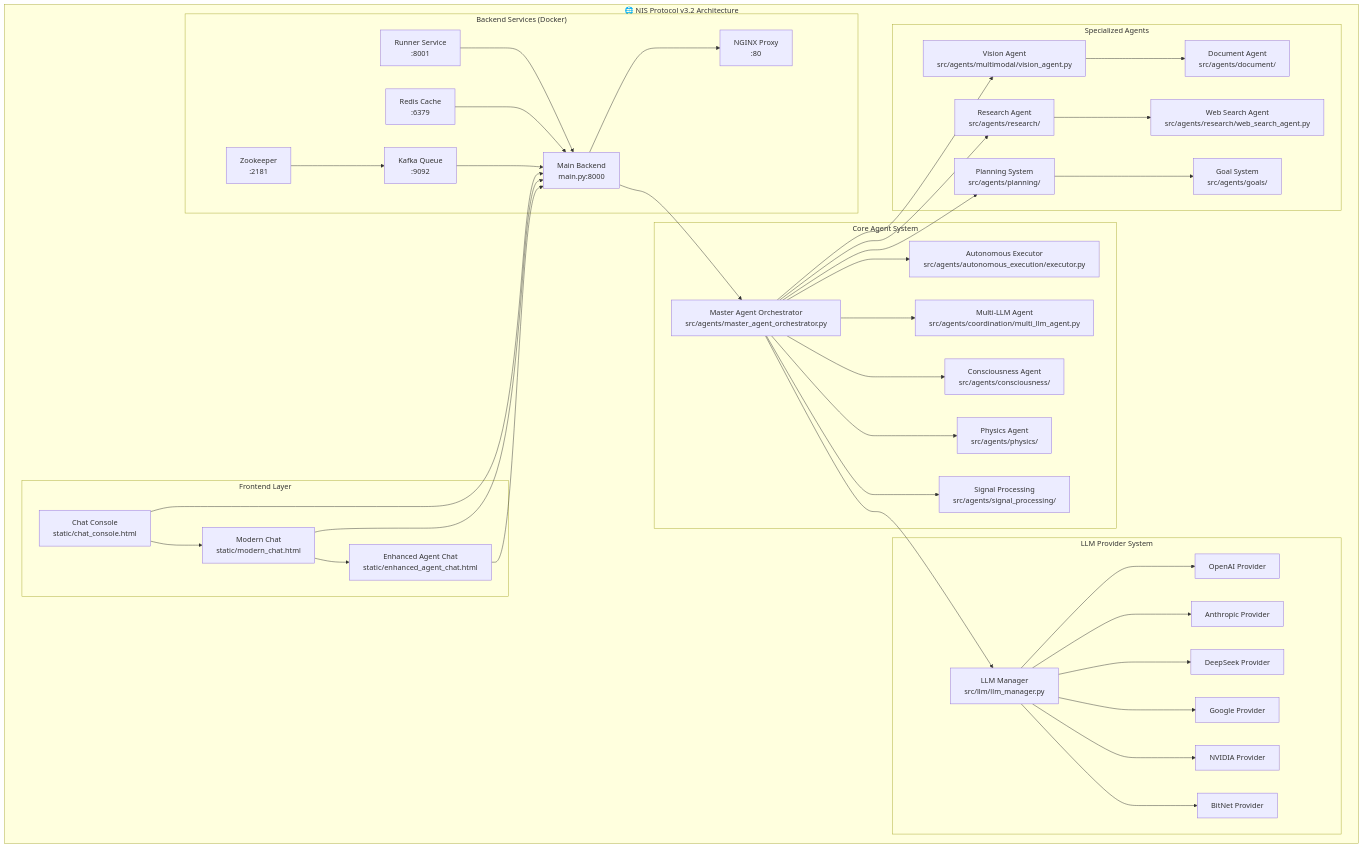
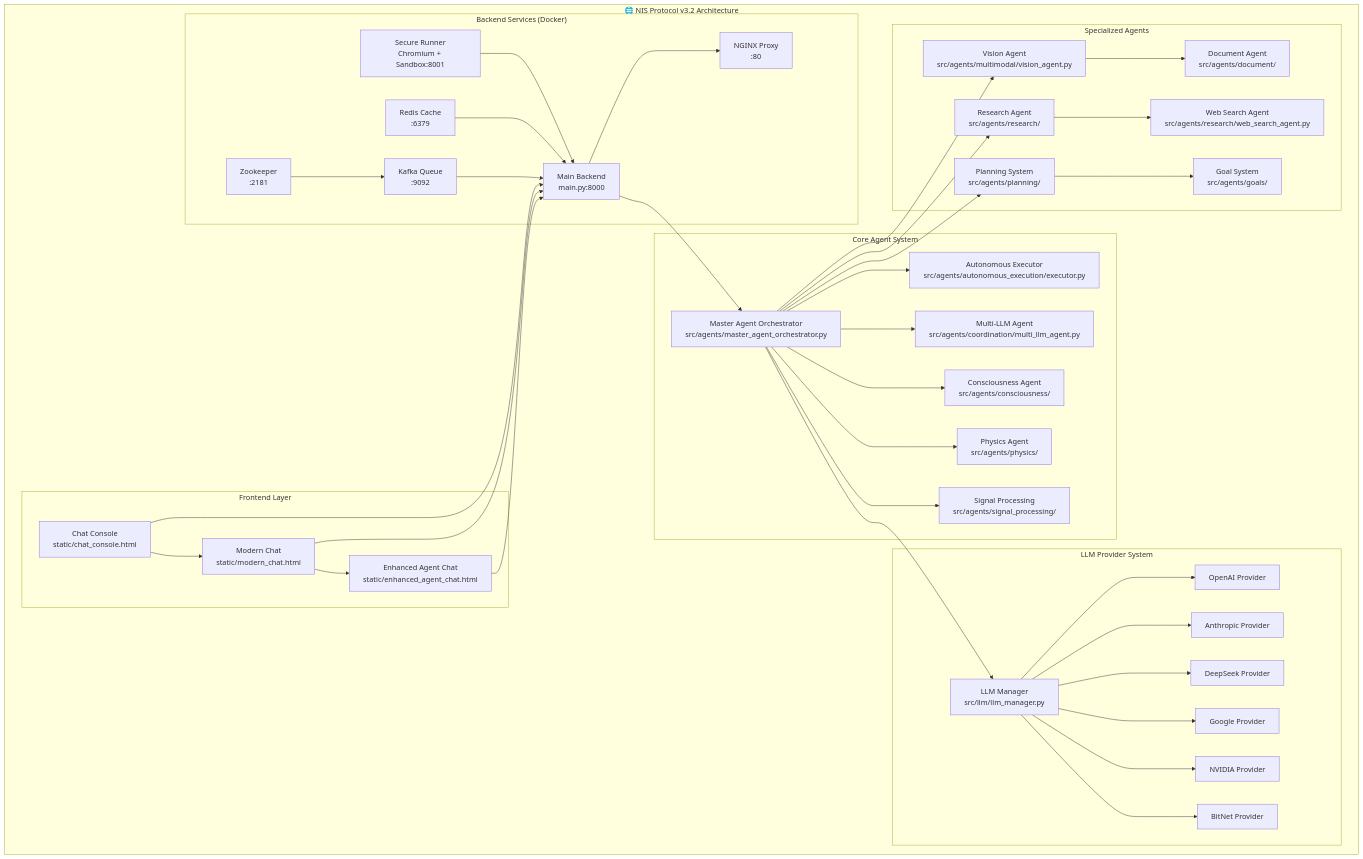
One commit to Organica-Ai-Solutions/NIS_Protocol changed the first of 2 diagrams in README.md. Above: the diagram before and after it, drawn with Mermaid. The commit also changed other lines of this file and 18 other files, not shown here.

````diff
--- a/README.md
+++ b/README.md
@@ -102,49 +215,49 @@
 ```mermaid
 graph TB
     subgraph "🌐 NIS Protocol v3.2 Architecture"
         subgraph "Frontend Layer"
             A[Chat Console<br/>static/chat_console.html] --> B[Modern Chat<br/>static/modern_chat.html]
             B --> C[Enhanced Agent Chat<br/>static/enhanced_agent_chat.html]
         end
         
         subgraph "Backend Services (Docker)"
             D[Main Backend<br/>main.py:8000] --> E[NGINX Proxy<br/>:80]
-            F[Runner Service<br/>:8001] --> D
+            F[Secure Runner<br/>Chromium + Sandbox:8001] --> D
             G[Redis Cache<br/>:6379] --> D
             H[Kafka Queue<br/>:9092] --> D
             I[Zookeeper<br/>:2181] --> H
         end
         
         subgraph "Core Agent System"
             J[Master Agent Orchestrator<br/>src/agents/master_agent_orchestrator.py] --> K[Autonomous Executor<br/>src/agents/autonomous_execution/executor.py]
             J --> L[Multi-LLM Agent<br/>src/agents/coordination/multi_llm_agent.py]
             J --> M[Consciousness Agent<br/>src/agents/consciousness/]
             J --> N[Physics Agent<br/>src/agents/physics/]
             J --> O[Signal Processing<br/>src/agents/signal_processing/]
         end
         
         subgraph "LLM Provider System"
             P[LLM Manager<br/>src/llm/llm_manager.py] --> Q[OpenAI Provider]
             P --> R[Anthropic Provider]
             P --> S[DeepSeek Provider]
             P --> T[Google Provider]
             P --> U[NVIDIA Provider]
             P --> V[BitNet Provider]
         end
         
         subgraph "Specialized Agents"
             W[Vision Agent<br/>src/agents/multimodal/vision_agent.py] --> X[Document Agent<br/>src/agents/document/]
             Y[Research Agent<br/>src/agents/research/] --> Z[Web Search Agent<br/>src/agents/research/web_search_agent.py]
             AA[Planning System<br/>src/agents/planning/] --> BB[Goal System<br/>src/agents/goals/]
         end
         
         A --> D
         B --> D
         C --> D
         D --> J
         J --> P
         J --> W
         J --> Y
         J --> AA
     end
 ```
````
